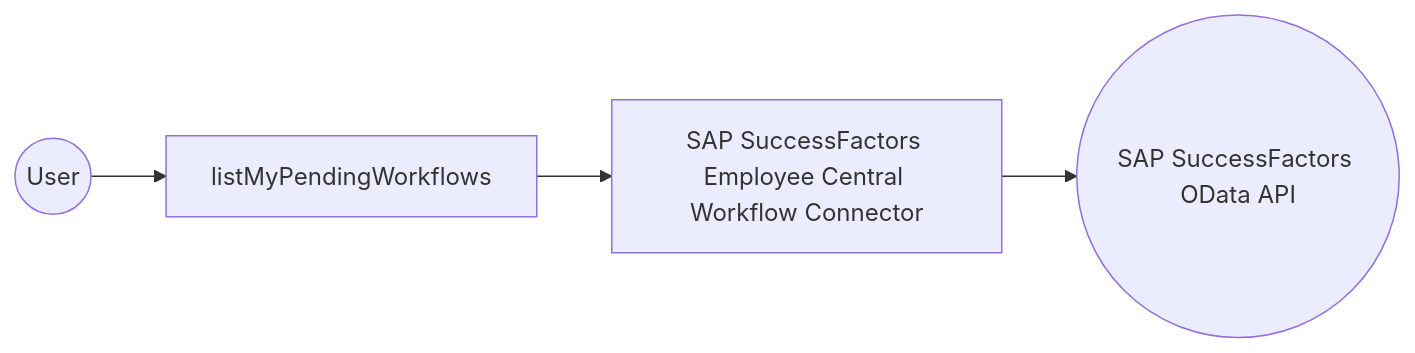
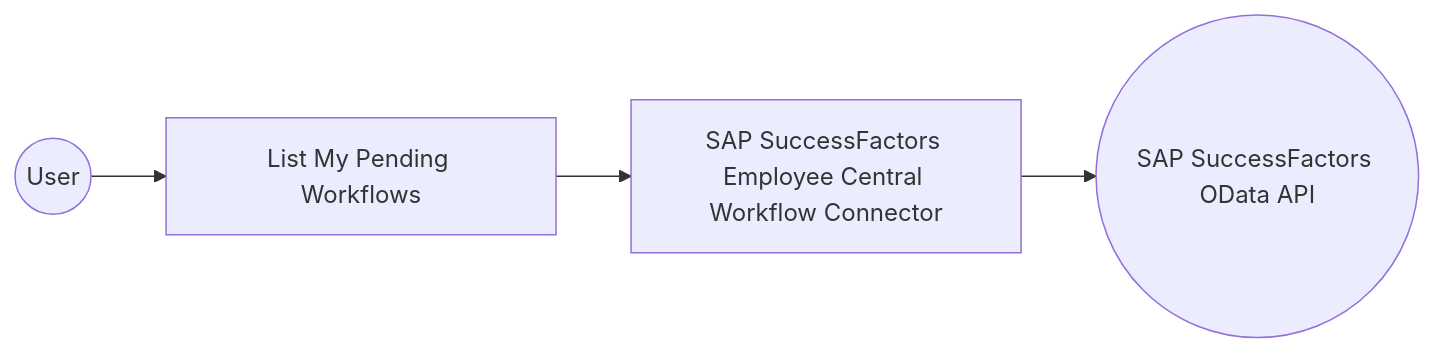
Before and after one commit to wso2/docs-integrator: the diagram in en/docs/connectors/catalog/hrms/sap.successfactors.ecworkflow/example.md, drawn with Mermaid. The commit also changed other lines of this file and 6 other files, not shown here.

````diff
--- a/en/docs/connectors/catalog/hrms/sap.successfactors.ecworkflow/example.md
+++ b/en/docs/connectors/catalog/hrms/sap.successfactors.ecworkflow/example.md
@@ -12,6 +12,6 @@
 ```mermaid
 flowchart LR
-    A((User)) --> B[listMyPendingWorkflows]
+    A((User)) --> B[List My Pending Workflows]
     B --> C[SAP SuccessFactors Employee Central Workflow Connector]
     C --> D((SAP SuccessFactors OData API))
 ```
````
